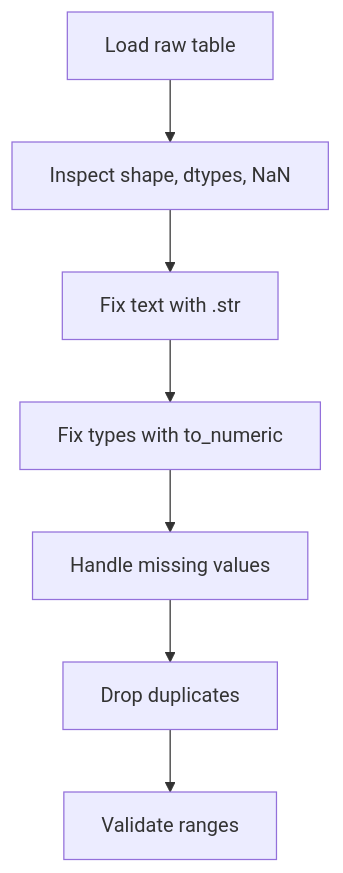
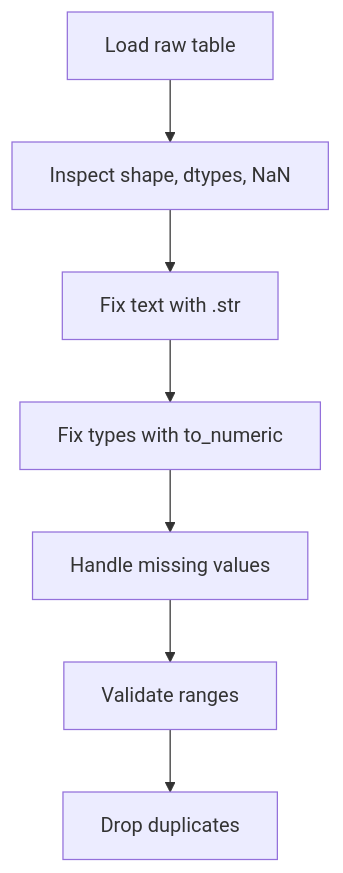
Before and after one commit to henrytapcode/PyAI: the diagram in curriculum/phase-04-data/p4-03-cleaning/lesson.en.md, drawn with Mermaid. The commit also changed other lines of this file and 58 other files, not shown here.

````diff
--- a/curriculum/phase-04-data/p4-03-cleaning/lesson.en.md
+++ b/curriculum/phase-04-data/p4-03-cleaning/lesson.en.md
@@ -179,9 +181,9 @@
 ```mermaid
 flowchart TD
     A["Load raw table"] --> B["Inspect shape, dtypes, NaN"]
     B --> C["Fix text with .str"]
     C --> D["Fix types with to_numeric"]
     D --> E["Handle missing values"]
-    E --> F["Drop duplicates"]
-    F --> G["Validate ranges"]
+    E --> F["Validate ranges"]
+    F --> G["Drop duplicates"]
 ```
````
